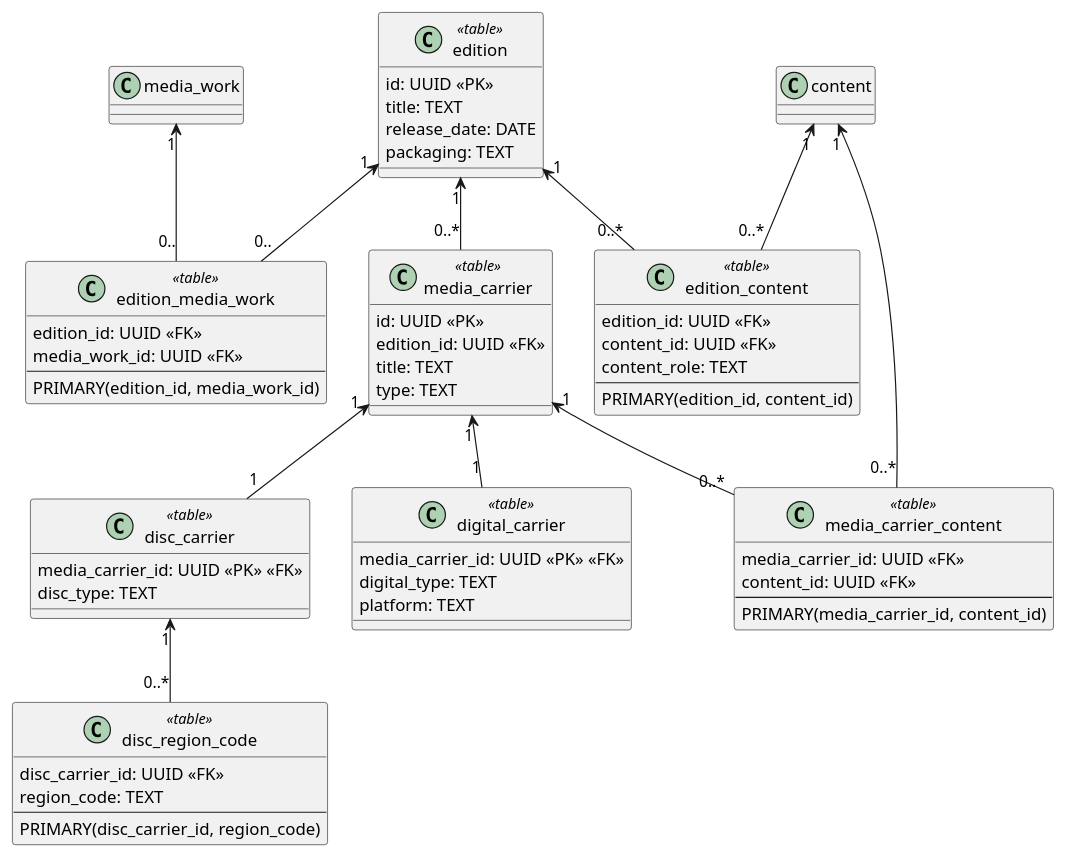
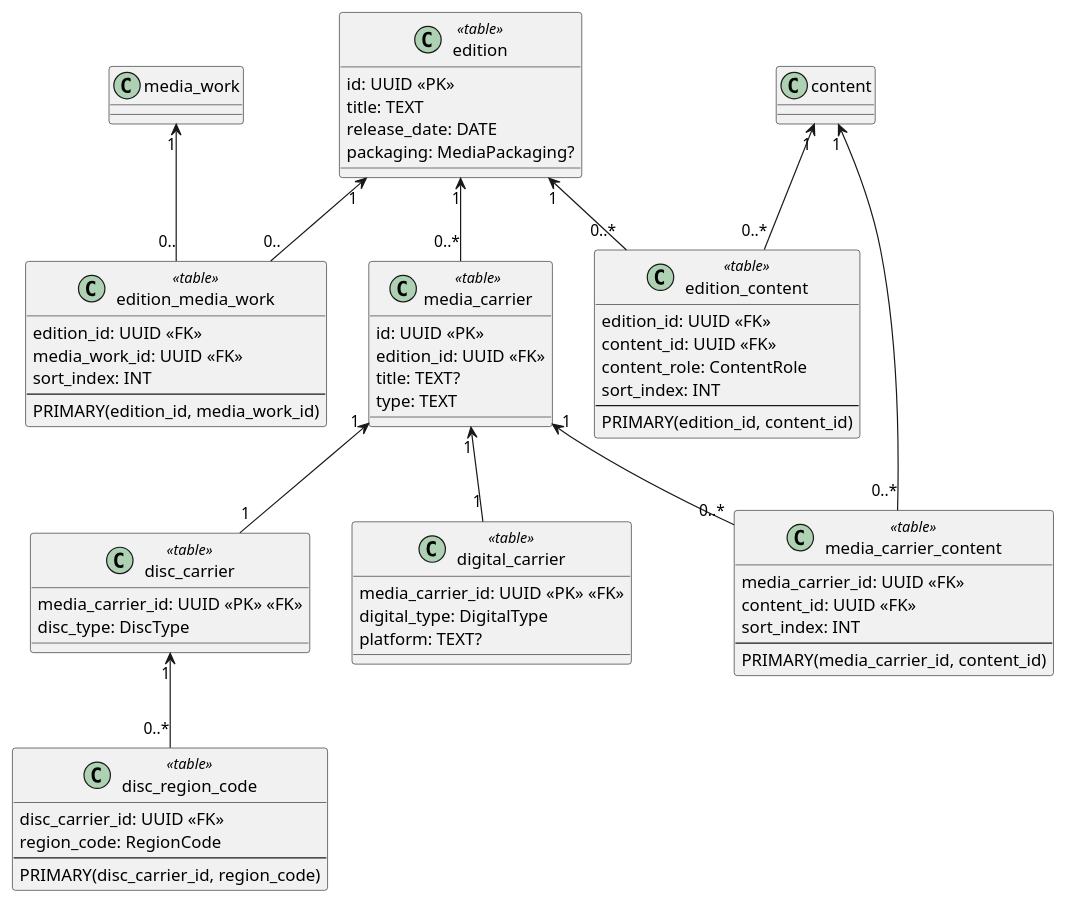
Before and after one commit to yantue/colleq: the diagram in docs/uml/data/edition.data.puml, drawn with PlantUML. The commit also changed 3 other files, not shown here.

```diff
--- a/docs/uml/data/edition.data.puml
+++ b/docs/uml/data/edition.data.puml
@@ -1,77 +1,80 @@
 @startuml
 skinparam classAttributeIconSize 0
 
 class edition <<table>> {
     id: UUID <<PK>>
     title: TEXT
     release_date: DATE
-    packaging: TEXT
+    packaging: MediaPackaging?
 }
 
 class edition_media_work <<table>> {
     edition_id: UUID <<FK>>
     media_work_id: UUID <<FK>>
+    sort_index: INT
     --
     PRIMARY(edition_id, media_work_id)
 }
 
 edition "1" <-- "0.." edition_media_work
 
 class edition_content <<table>> {
     edition_id: UUID <<FK>>
     content_id: UUID <<FK>>
-    content_role: TEXT
+    content_role: ContentRole
+    sort_index: INT
     --
     PRIMARY(edition_id, content_id)
 }
 
 edition "1" <-- "0..*" edition_content
 
 class media_carrier <<table>> {
     id: UUID <<PK>>
     edition_id: UUID <<FK>>
-    title: TEXT
+    title: TEXT?
     type: TEXT
 }
 
 edition "1" <-- "0..*" media_carrier
 
 class disc_carrier <<table>> {
     media_carrier_id: UUID <<PK>> <<FK>>
-    disc_type: TEXT
+    disc_type: DiscType
 }
 
 media_carrier "1" <-- "1" disc_carrier
 
 class disc_region_code <<table>> {
     disc_carrier_id: UUID <<FK>>
-    region_code: TEXT
+    region_code: RegionCode
     --
     PRIMARY(disc_carrier_id, region_code)
 }
 
 disc_carrier "1" <-- "0..*" disc_region_code
 
 class digital_carrier <<table>> {
     media_carrier_id: UUID <<PK>> <<FK>>
-    digital_type: TEXT
-    platform: TEXT
+    digital_type: DigitalType
+    platform: TEXT?
 }
 
 media_carrier "1" <-- "1" digital_carrier
 
 class media_carrier_content <<table>> {
     media_carrier_id: UUID <<FK>>
     content_id: UUID <<FK>>
+    sort_index: INT
     --
     PRIMARY(media_carrier_id, content_id)
 }
 
 media_carrier "1" <-- "0..*" media_carrier_content
 
 ' ===== CROSS-AGGREGATE REFERENCE =====
 media_work "1" <-- "0.." edition_media_work
 content "1" <-- "0..*" edition_content
 content "1" <-- "0..*" media_carrier_content
 
 @enduml
```
